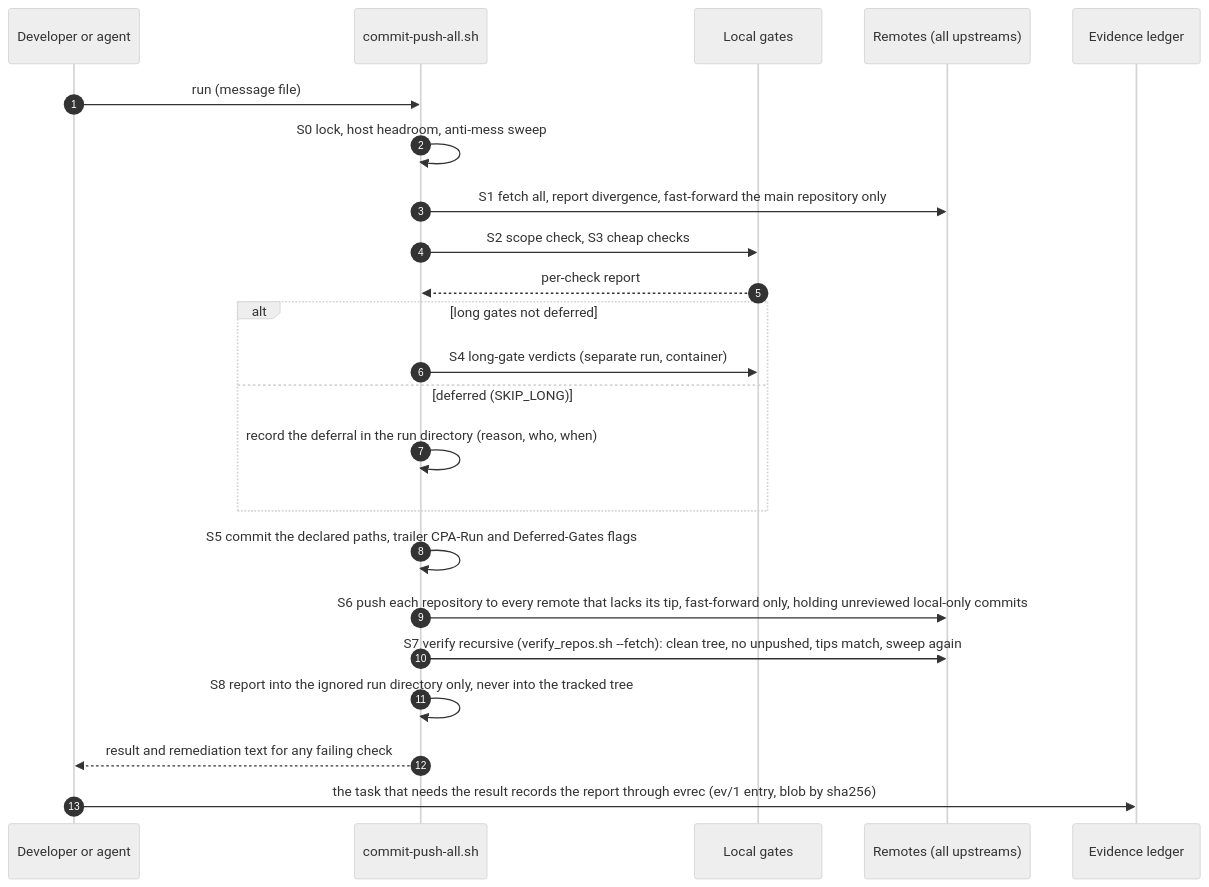
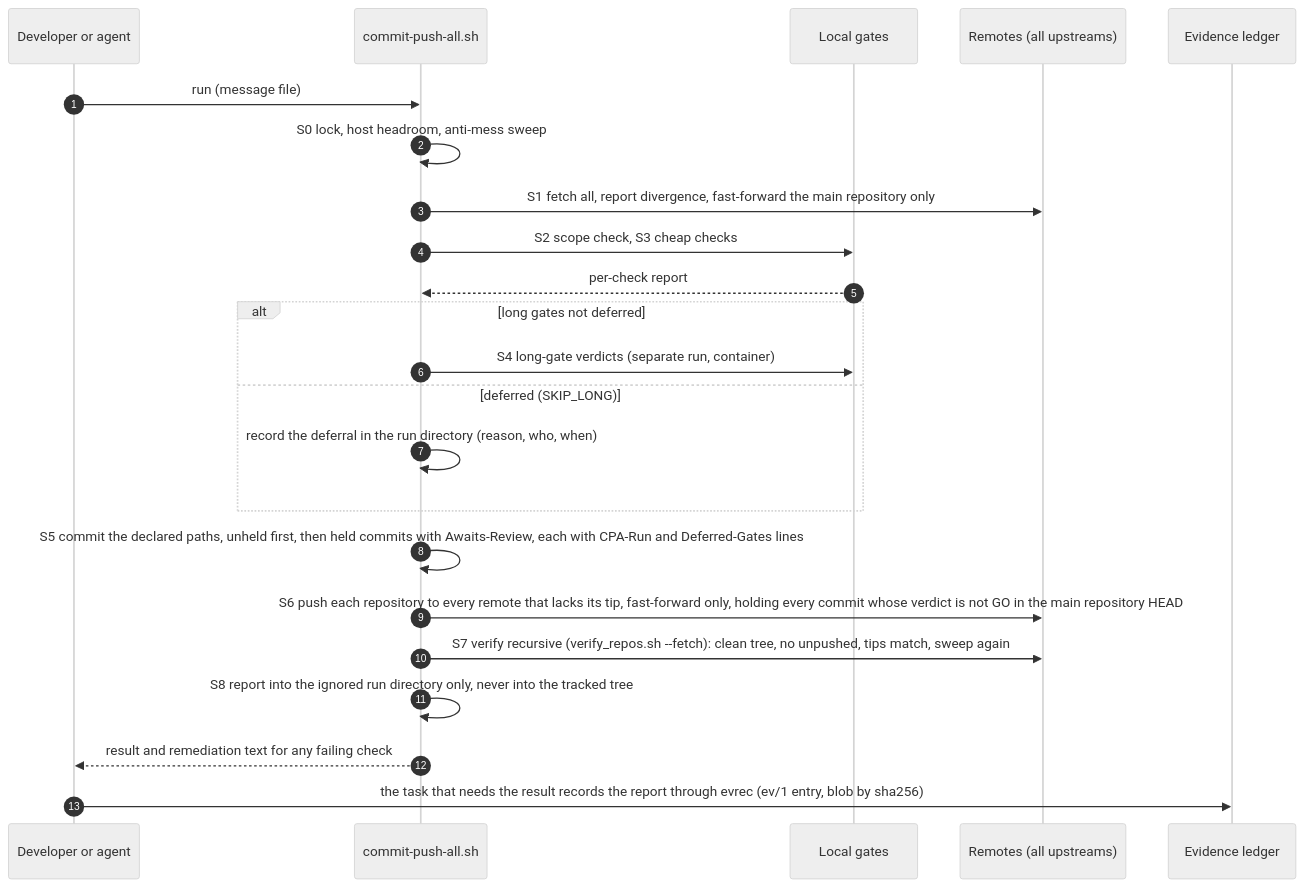
One commit to vasic-digital/catalogizer changed the sixth of 6 diagrams in specs/001-full-project-audit-remediation/docs/12-helixqa-challenges-and-governance-plan.md. Above: the diagram before and after it, drawn with Mermaid (neutral theme). The commit also changed other lines of this file and 20 other files, not shown here.

First line of the commit message:
docs(spec): fix wave 9 merged - held-commit verdicts resolved in main repo, ODG-41, register backup helper (609 tasks)

````diff
--- a/specs/001-full-project-audit-remediation/docs/12-helixqa-challenges-and-governance-plan.md
+++ b/specs/001-full-project-audit-remediation/docs/12-helixqa-challenges-and-governance-plan.md
@@ -1381,25 +1381,25 @@
 ```mermaid
 sequenceDiagram
   autonumber
   participant D as Developer or agent
   participant S as commit-push-all.sh
   participant G as Local gates
   participant R as Remotes (all upstreams)
   participant E as Evidence ledger
   D->>S: run (message file)
   S->>S: S0 lock, host headroom, anti-mess sweep
   S->>R: S1 fetch all, report divergence, fast-forward the main repository only
   S->>G: S2 scope check, S3 cheap checks
   G-->>S: per-check report
   alt long gates not deferred
     S->>G: S4 long-gate verdicts (separate run, container)
   else deferred (SKIP_LONG)
     S->>S: record the deferral in the run directory (reason, who, when)
   end
-  S->>S: S5 commit the declared paths, trailer CPA-Run and Deferred-Gates flags
-  S->>R: S6 push each repository to every remote that lacks its tip, fast-forward only, holding unreviewed local-only commits
+  S->>S: S5 commit the declared paths, unheld first, then held commits with Awaits-Review, each with CPA-Run and Deferred-Gates lines
+  S->>R: S6 push each repository to every remote that lacks its tip, fast-forward only, holding every commit whose verdict is not GO in the main repository HEAD
   S->>R: S7 verify recursive (verify_repos.sh --fetch): clean tree, no unpushed, tips match, sweep again
   S->>S: S8 report into the ignored run directory only, never into the tracked tree
   S-->>D: result and remediation text for any failing check
   D->>E: the task that needs the result records the report through evrec (ev/1 entry, blob by sha256)
 ```
````
